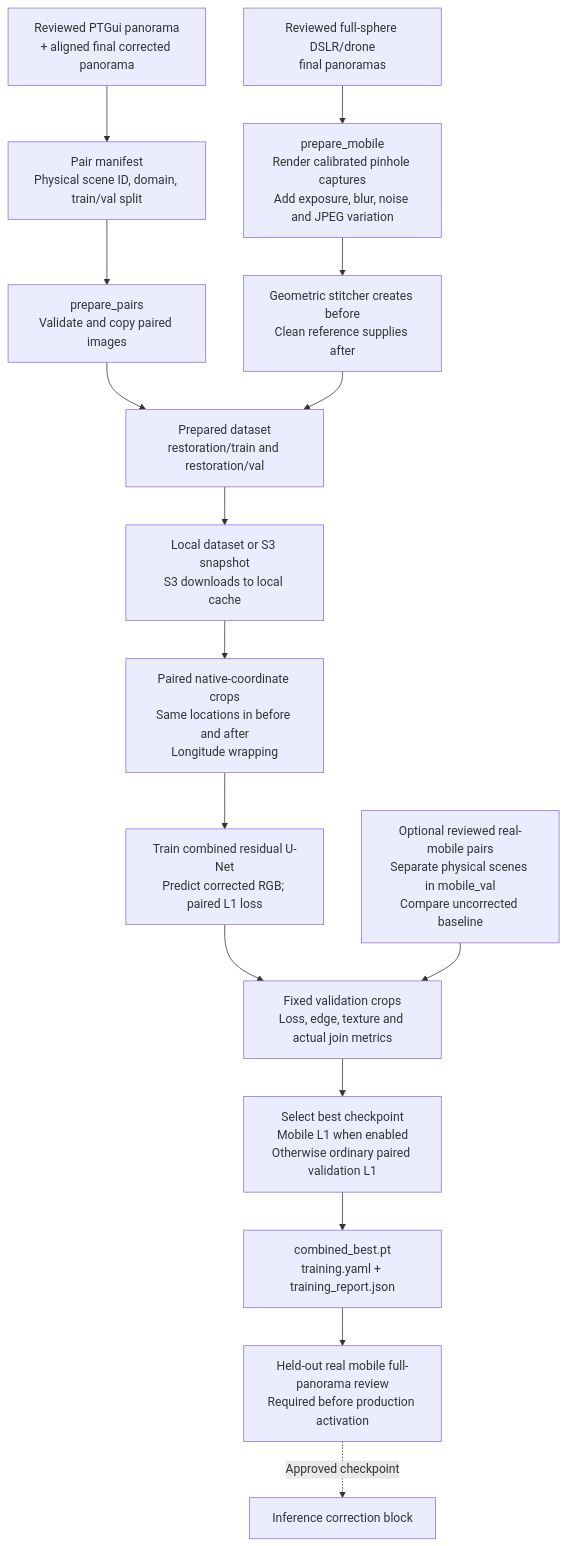
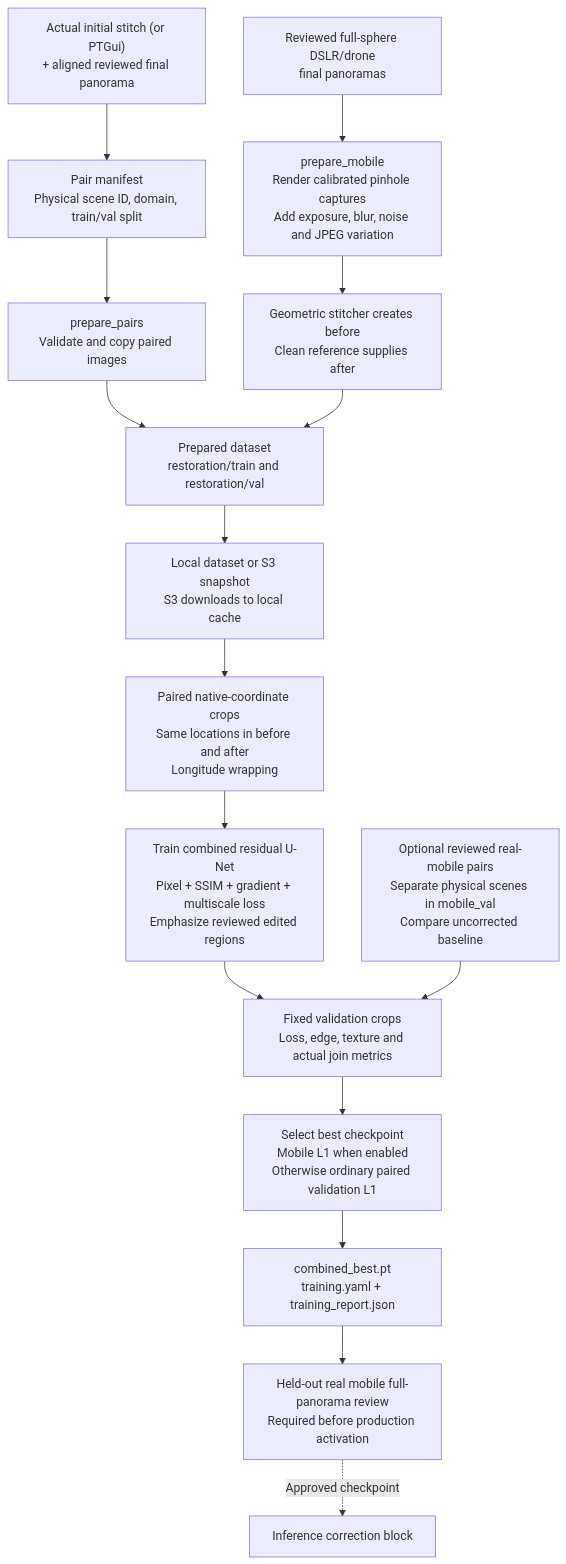
The third of 5 diagrams in panorama/ARCHITECTURE_VARIABLE_TILED.md (prasannac10/Capture_360), drawn with Mermaid before and after one commit. The commit also changed other lines of this file and 24 other files, not shown here.

````diff
--- a/panorama/ARCHITECTURE_VARIABLE_TILED.md
+++ b/panorama/ARCHITECTURE_VARIABLE_TILED.md
@@ -90,24 +93,24 @@
 ```mermaid
 flowchart TD
-    pairs["Reviewed PTGui panorama<br/>+ aligned final corrected panorama"]
+    pairs["Actual initial stitch (or PTGui)<br/>+ aligned reviewed final panorama"]
     manifest["Pair manifest<br/>Physical scene ID, domain, train/val split"]
     package["prepare_pairs<br/>Validate and copy paired images"]
     references["Reviewed full-sphere DSLR/drone<br/>final panoramas"]
     synth["prepare_mobile<br/>Render calibrated pinhole captures<br/>Add exposure, blur, noise and JPEG variation"]
     stitch["Geometric stitcher creates before<br/>Clean reference supplies after"]
     dataset["Prepared dataset<br/>restoration/train and restoration/val"]
     storage["Local dataset or S3 snapshot<br/>S3 downloads to local cache"]
     crops["Paired native-coordinate crops<br/>Same locations in before and after<br/>Longitude wrapping"]
-    train["Train combined residual U-Net<br/>Predict corrected RGB; paired L1 loss"]
+    train["Train combined residual U-Net<br/>Pixel + SSIM + gradient + multiscale loss<br/>Emphasize reviewed edited regions"]
     validation["Fixed validation crops<br/>Loss, edge, texture and actual join metrics"]
     mobile["Optional reviewed real-mobile pairs<br/>Separate physical scenes in mobile_val<br/>Compare uncorrected baseline"]
     select["Select best checkpoint<br/>Mobile L1 when enabled<br/>Otherwise ordinary paired validation L1"]
     artifacts["combined_best.pt<br/>training.yaml + training_report.json"]
     review["Held-out real mobile full-panorama review<br/>Required before production activation"]
     pairs --> manifest --> package --> dataset
     references --> synth --> stitch --> dataset
     dataset --> storage --> crops --> train --> validation
     mobile --> validation
     validation --> select --> artifacts --> review
     review -.->|Approved checkpoint| inference["Inference correction block"]
 ```
````
